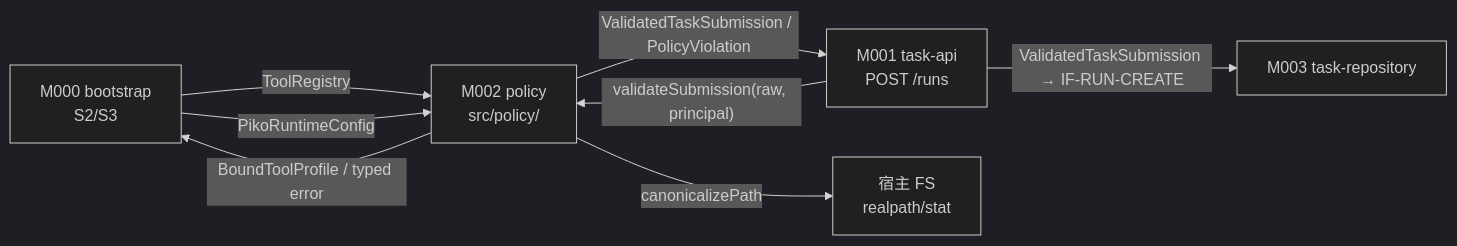
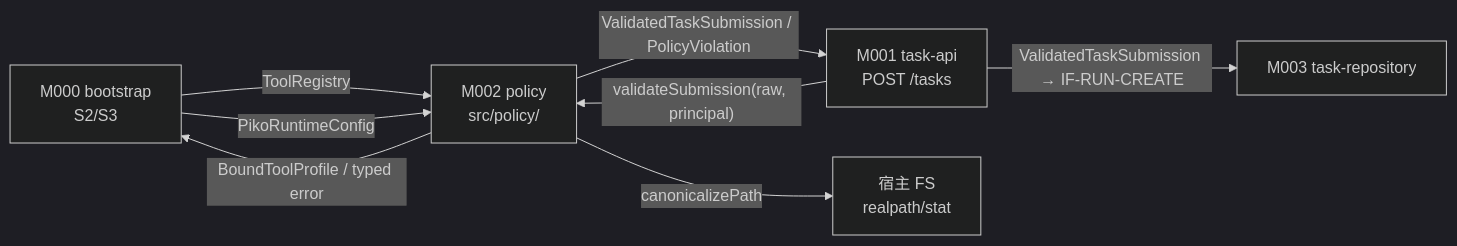
The first of 5 diagrams in docs/40_module_design/piko-policy-design.md (corezilla/piko), drawn with Mermaid (dark theme) before and after one commit. The commit also changed other lines of this file and 86 other files, not shown here.

````diff
--- a/docs/40_module_design/piko-policy-design.md
+++ b/docs/40_module_design/piko-policy-design.md
@@ -170,10 +171,10 @@
 ```mermaid
 flowchart LR
     B["M000 bootstrap<br/>S2/S3"] -->|"ToolRegistry"| P["M002 policy<br/>src/policy/"]
     B -->|"PikoRuntimeConfig"| P
-    A["M001 task-api<br/>POST /runs"] -->|"validateSubmission(raw, principal)"| P
+    A["M001 task-api<br/>POST /tasks"] -->|"validateSubmission(raw, principal)"| P
     P -->|"BoundToolProfile / typed error"| B
     P -->|"ValidatedTaskSubmission / PolicyViolation"| A
     A -->|"ValidatedTaskSubmission → IF-RUN-CREATE"| R["M003 task-repository"]
     P -->|"canonicalizePath"| F["宿主 FS<br/>realpath/stat"]
 ```
````
